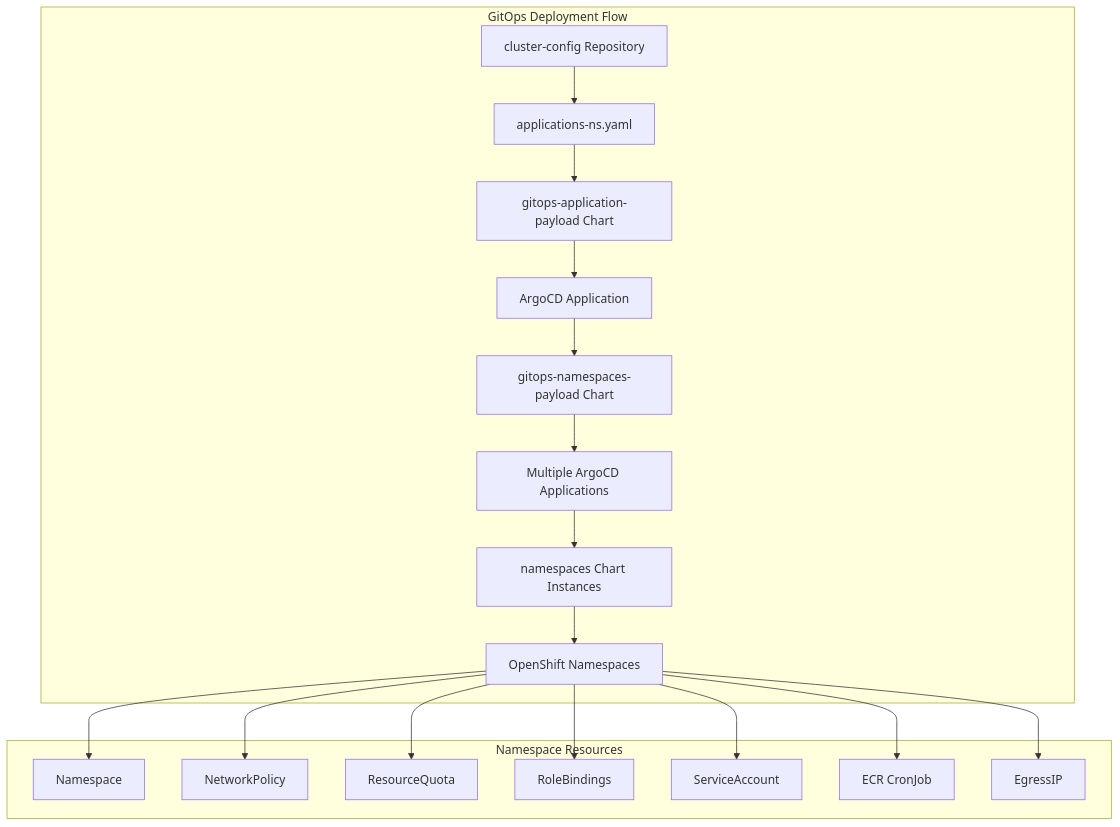
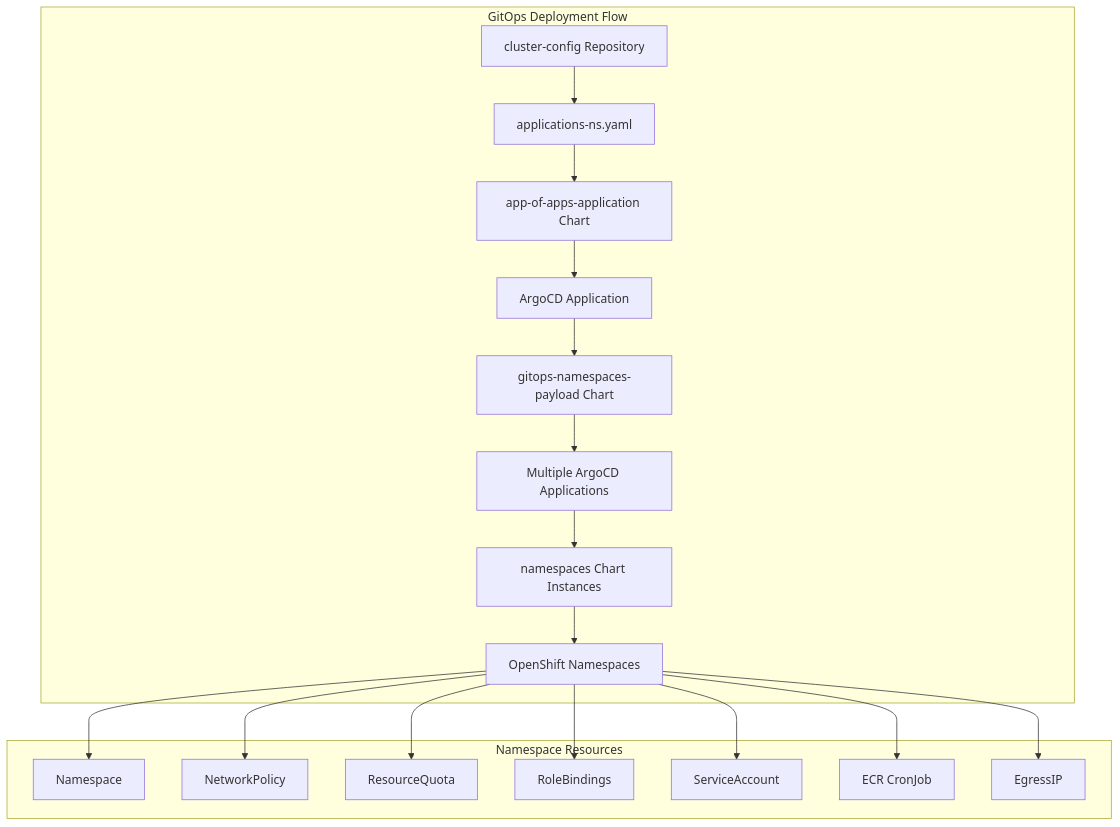
Before and after one commit to rosa-hcp-dedicated-vpc/helm-repository: the diagram in charts/namespaces/README.md, drawn with Mermaid. The commit also changed other lines of this file and 10 other files, not shown here.

First line of the commit message:
Rename gitops-application-payload chart to app-of-apps-application

````diff
--- a/charts/namespaces/README.md
+++ b/charts/namespaces/README.md
@@ -13,22 +13,22 @@
 ```mermaid
 graph TB
     subgraph "GitOps Deployment Flow"
         A[cluster-config Repository] --> B[applications-ns.yaml]
-        B --> C[gitops-application-payload Chart]
+        B --> C[app-of-apps-application Chart]
         C --> D[ArgoCD Application]
         D --> E[gitops-namespaces-payload Chart]
         E --> F[Multiple ArgoCD Applications]
         F --> G[namespaces Chart Instances]
         G --> H[OpenShift Namespaces]
     end
     
     subgraph "Namespace Resources"
         H --> I[Namespace]
         H --> J[NetworkPolicy]
         H --> K[ResourceQuota]
         H --> L[RoleBindings]
         H --> M[ServiceAccount]
         H --> N[ECR CronJob]
         H --> O[EgressIP]
     end
 ```
````
